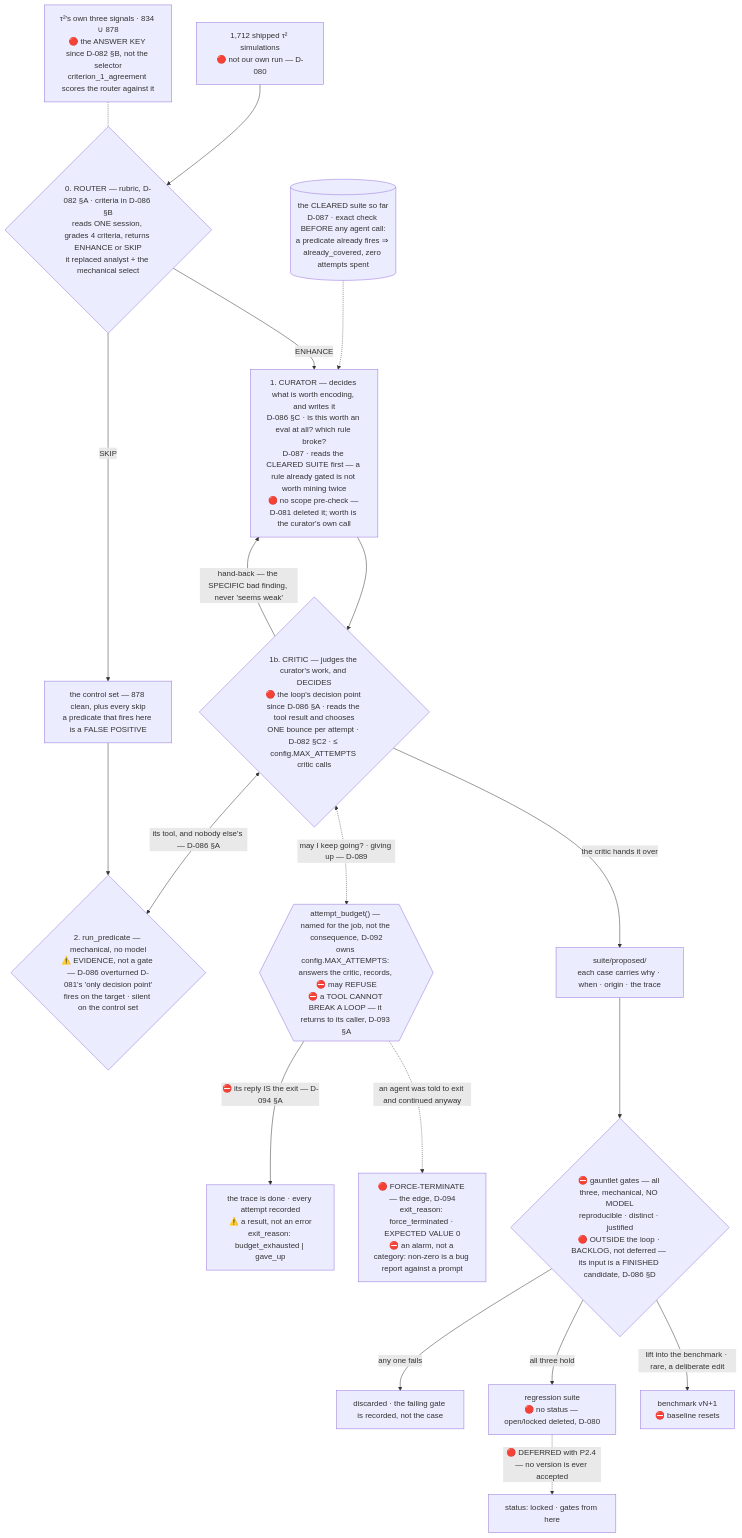
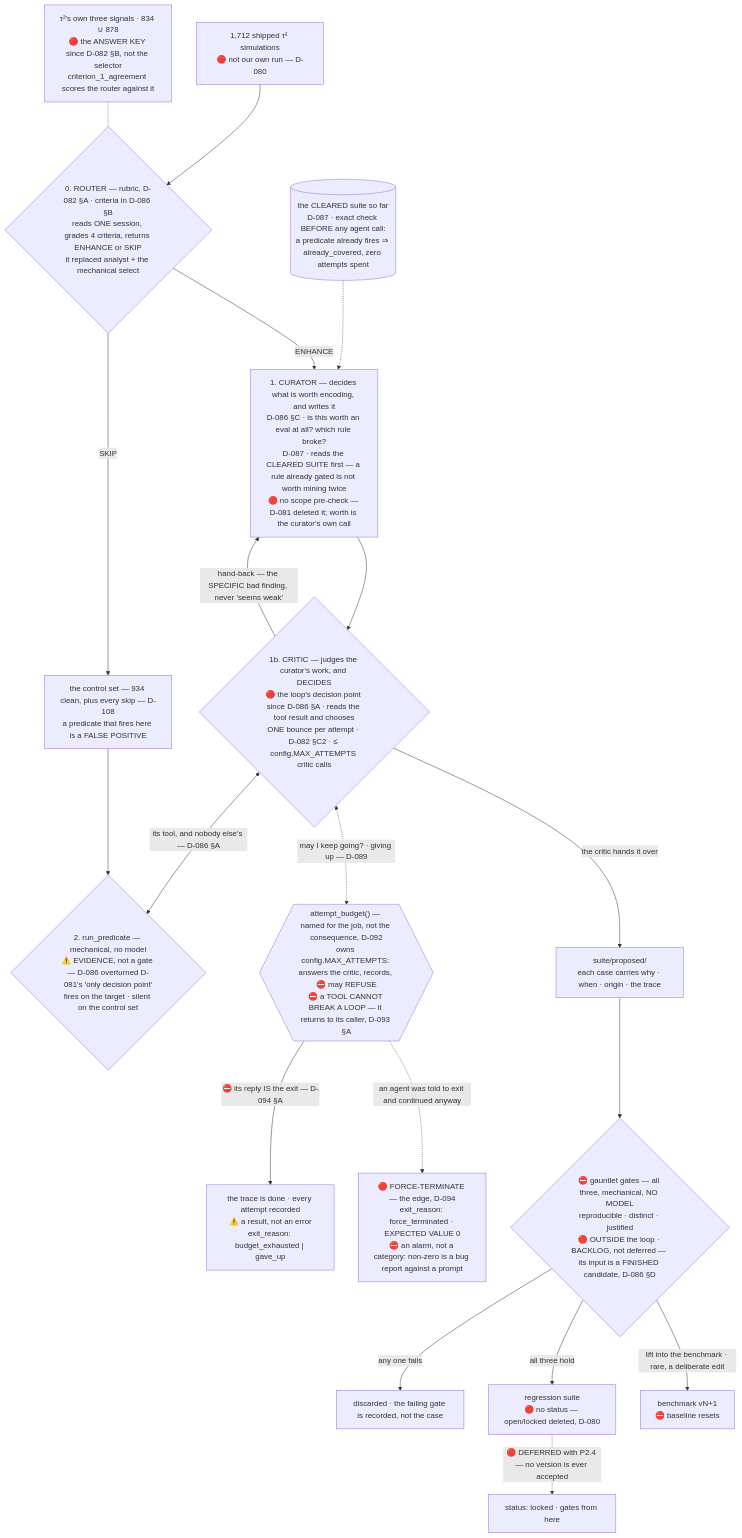
One commit to sandeepyadav1478/touchstone changed the diagram in docs/02-gates.md. Above: the diagram before and after it, drawn with Mermaid. The commit also changed other lines of this file and 10 other files, not shown here.

````diff
--- a/docs/02-gates.md
+++ b/docs/02-gates.md
@@ -393,21 +405,21 @@
 ```mermaid
 flowchart TB
   SUITE0[("the CLEARED suite so far<br/>D-087 · exact check BEFORE any agent call:<br/>a predicate already fires ⇒ already_covered, zero attempts spent")] -.-> TRANS
   SCORE["1,712 shipped τ² simulations<br/>🔴 not our own run — D-080"] --> ROUTER{"0. ROUTER — rubric, D-082 §A · criteria in D-086 §B<br/>reads ONE session, grades 4 criteria, returns ENHANCE or SKIP<br/>it replaced analyst + the mechanical select"}
-  ROUTER -->|SKIP| CLEAN["the control set — 878 clean, plus every skip<br/>a predicate that fires here is a FALSE POSITIVE"]
+  ROUTER -->|SKIP| CLEAN["the control set — 934 clean, plus every skip — D-108<br/>a predicate that fires here is a FALSE POSITIVE"]
   KEY["τ²'s own three signals · 834 ∪ 878<br/>🔴 the ANSWER KEY since D-082 §B, not the selector<br/>criterion_1_agreement scores the router against it"] -.- ROUTER
   ROUTER -->|ENHANCE| TRANS["1. CURATOR — decides what is worth encoding, and writes it<br/>D-086 §C · is this worth an eval at all? which rule broke?<br/>D-087 · reads the CLEARED SUITE first — a rule already gated is not worth mining twice<br/>🔴 no scope pre-check — D-081 deleted it; worth is the curator's own call"]
   TRANS --> CRIT{"1b. CRITIC — judges the curator's work, and DECIDES<br/>🔴 the loop's decision point since D-086 §A · reads the tool result and chooses<br/>ONE bounce per attempt · D-082 §C2 · ≤ config.MAX_ATTEMPTS critic calls"}
   CRIT <-->|"its tool, and nobody else's — D-086 §A"| TEST{"2. run_predicate — mechanical, no model<br/>⚠️ EVIDENCE, not a gate — D-086 overturned D-081's 'only decision point'<br/>fires on the target · silent on the control set"}
   CLEAN --> TEST
   CRIT -->|"hand-back — the SPECIFIC bad finding, never 'seems weak'"| TRANS
   CRIT <-.->|"may I keep going? · giving up — D-089"| BUDGET{{"attempt_budget() — named for the job, not the consequence, D-092<br/>owns config.MAX_ATTEMPTS: answers the critic, records, ⛔ may REFUSE<br/>⛔ a TOOL CANNOT BREAK A LOOP — it returns to its caller, D-093 §A"}}
   BUDGET -->|"⛔ its reply IS the exit — D-094 §A"| DONE["the trace is done · every attempt recorded<br/>⚠️ a result, not an error<br/>exit_reason: budget_exhausted | gave_up"]
   BUDGET -.->|"an agent was told to exit and continued anyway"| UNM["🔴 FORCE-TERMINATE — the edge, D-094<br/>exit_reason: force_terminated · EXPECTED VALUE 0<br/>⛔ an alarm, not a category: non-zero is a bug report against a prompt"]
   CRIT -->|"the critic hands it over"| PROP["suite/proposed/<br/>each case carries why · when · origin · the trace"]
   PROP --> GAUNTLET{"⛔ gauntlet gates — all three, mechanical, NO MODEL<br/>reproducible · distinct · justified<br/>🔴 OUTSIDE the loop · BACKLOG, not deferred — its input is a FINISHED candidate, D-086 §D"}
   GAUNTLET -->|any one fails| DROP["discarded · the failing gate is recorded, not the case"]
   GAUNTLET -->|all three hold| REG["regression suite<br/>🔴 no status — open/locked deleted, D-080"]
   REG -.->|"🔴 DEFERRED with P2.4 — no version is ever accepted"| LOCK["status: locked · gates from here"]
   GAUNTLET -->|"lift into the benchmark · rare, a deliberate edit"| BENCH["benchmark vN+1<br/>⛔ baseline resets"]
 ```
````
